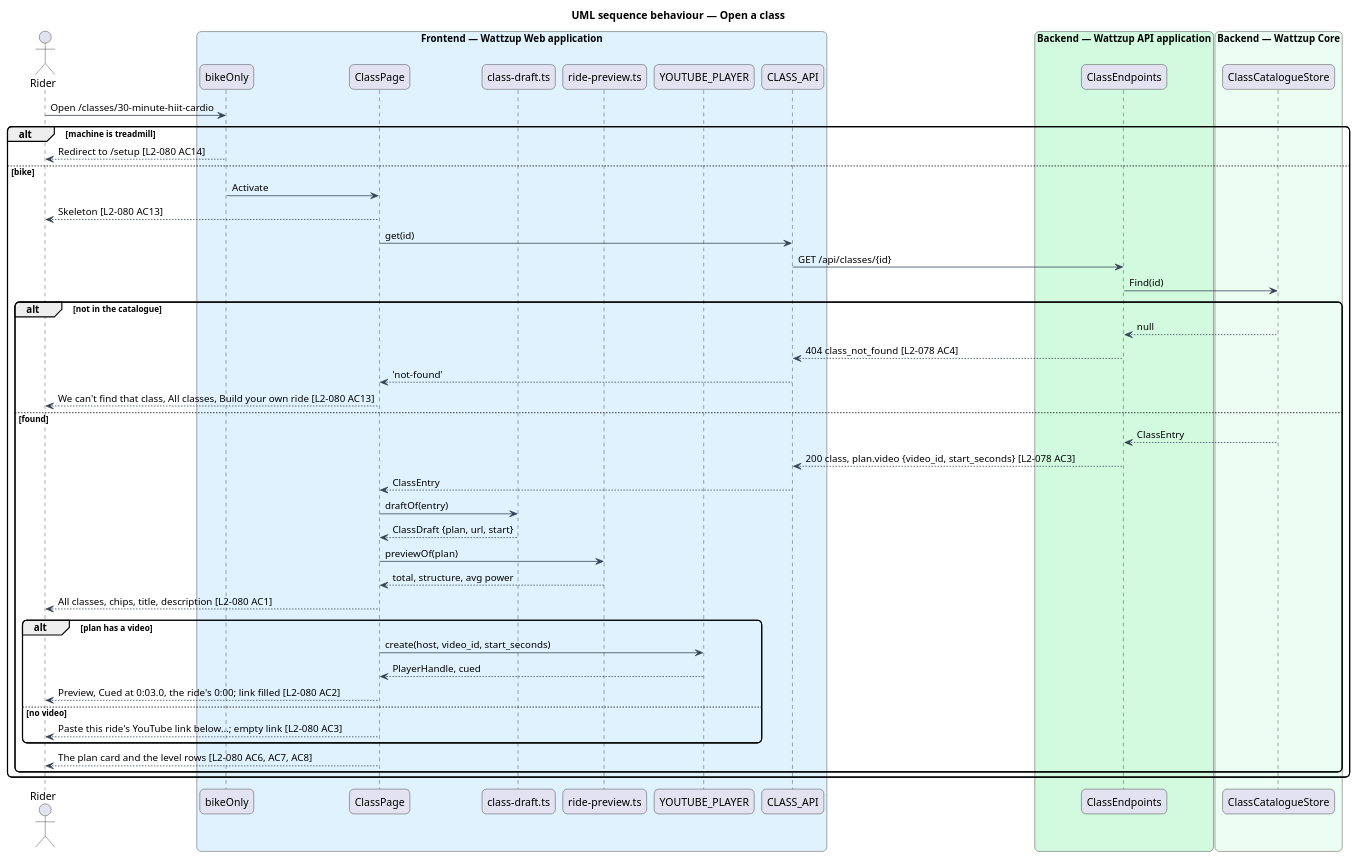
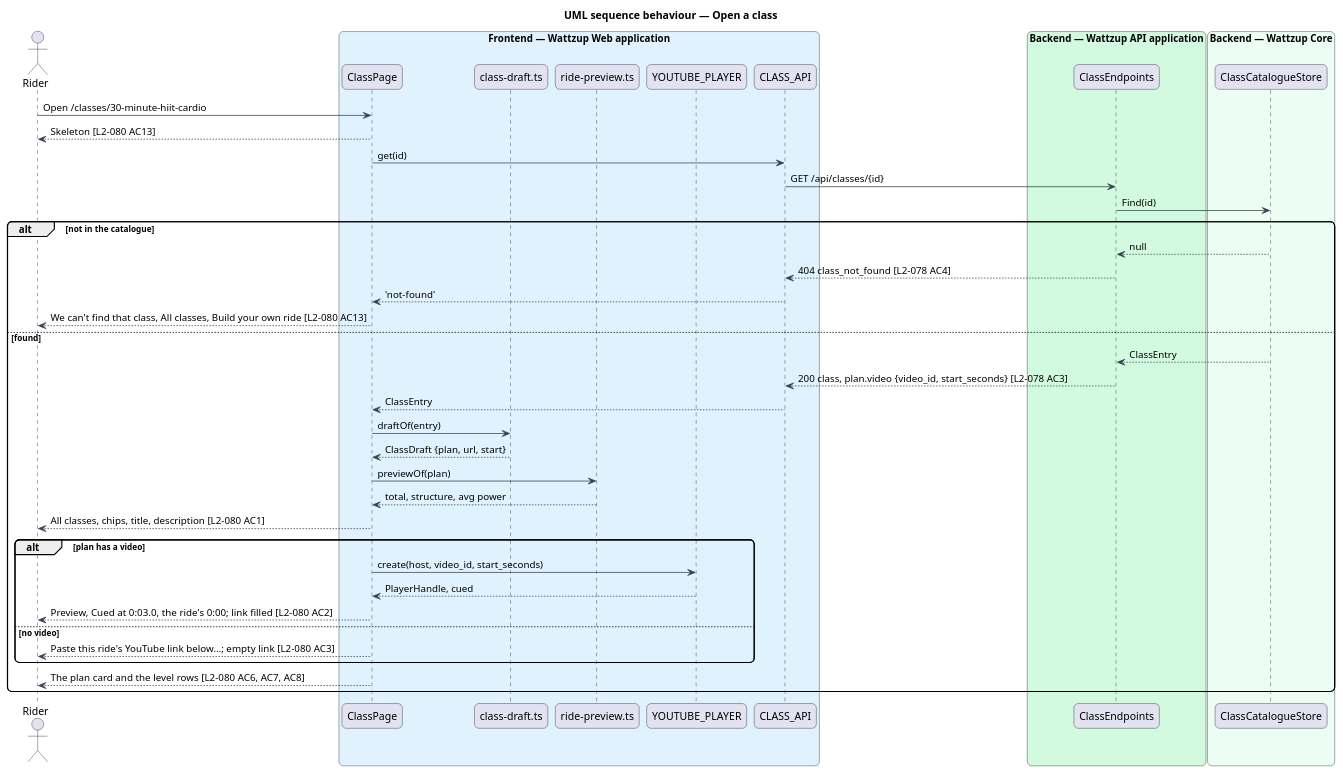
One commit to QuinntyneBrown/ride-one changed the diagram in docs/detailed-designs/classes/ride-a-class/diagrams/sequence-open-class.puml. Above: the diagram before and after it, drawn with PlantUML. The commit also changed 225 other files, not shown here.

First line of the commit message:
Scope the docs to the bike only (ADR 0016)

```diff
--- a/docs/detailed-designs/classes/ride-a-class/diagrams/sequence-open-class.puml
+++ b/docs/detailed-designs/classes/ride-a-class/diagrams/sequence-open-class.puml
@@ -1,57 +1,51 @@
 @startuml
 title UML sequence behaviour — Open a class
 skinparam backgroundColor #FFFFFF
 skinparam shadowing false
 skinparam roundcorner 12
 skinparam defaultFontName Arial
 skinparam ArrowColor #344054
 actor "Rider" as rider
 box "Frontend — Wattzup Web application" #E0F2FE
-  participant "bikeOnly" as guard
   participant "ClassPage" as page
   participant "class-draft.ts" as draft
   participant "ride-preview.ts" as preview
   participant "YOUTUBE_PLAYER" as player
   participant "CLASS_API" as client
 end box
 box "Backend — Wattzup API application" #D1FADF
   participant "ClassEndpoints" as ep
 end box
 box "Backend — Wattzup Core" #ECFDF3
   participant "ClassCatalogueStore" as store
 end box
 
-rider -> guard : Open /classes/30-minute-hiit-cardio
-alt machine is treadmill
-  guard --> rider : Redirect to /setup [L2-080 AC14]
-else bike
-  guard -> page : Activate
+rider -> page : Open /classes/30-minute-hiit-cardio
   page --> rider : Skeleton [L2-080 AC13]
   page -> client : get(id)
   client -> ep : GET /api/classes/{id}
   ep -> store : Find(id)
   alt not in the catalogue
     store --> ep : null
     ep --> client : 404 class_not_found [L2-078 AC4]
     client --> page : 'not-found'
     page --> rider : We can't find that class, All classes, Build your own ride [L2-080 AC13]
   else found
     store --> ep : ClassEntry
     ep --> client : 200 class, plan.video {video_id, start_seconds} [L2-078 AC3]
     client --> page : ClassEntry
     page -> draft : draftOf(entry)
     draft --> page : ClassDraft {plan, url, start}
     page -> preview : previewOf(plan)
     preview --> page : total, structure, avg power
     page --> rider : All classes, chips, title, description [L2-080 AC1]
     alt plan has a video
       page -> player : create(host, video_id, start_seconds)
       player --> page : PlayerHandle, cued
       page --> rider : Preview, Cued at 0:03.0, the ride's 0:00; link filled [L2-080 AC2]
     else no video
       page --> rider : Paste this ride's YouTube link below…; empty link [L2-080 AC3]
     end
     page --> rider : The plan card and the level rows [L2-080 AC6, AC7, AC8]
   end
-end
 @enduml
```
